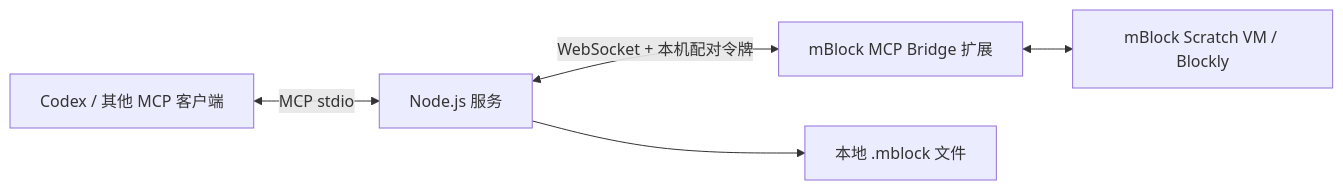
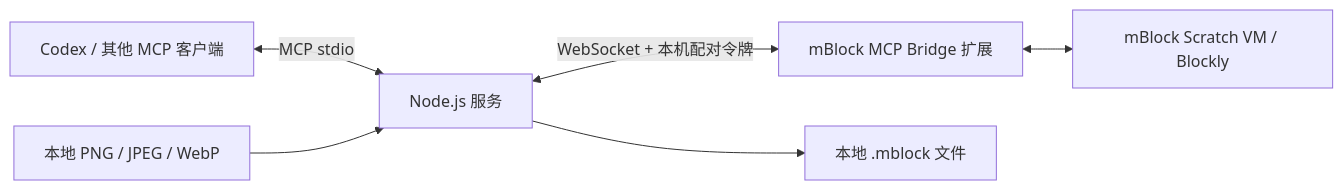
The diagram in README.md (dracohu2025-cloud/mBlock), drawn with Mermaid before and after one commit. The commit also changed other lines of this file and 10 other files, not shown here.

````diff
--- a/README.md
+++ b/README.md
@@ -9,7 +9,8 @@
 ```mermaid
 flowchart LR
     Client[Codex / 其他 MCP 客户端] <-->|MCP stdio| Server[Node.js 服务]
     Server <-->|WebSocket + 本机配对令牌| Bridge[mBlock MCP Bridge 扩展]
     Bridge <--> Runtime[mBlock Scratch VM / Blockly]
+    Image[本地 PNG / JPEG / WebP] --> Server
     Server --> Export[本地 .mblock 文件]
 ```
````
